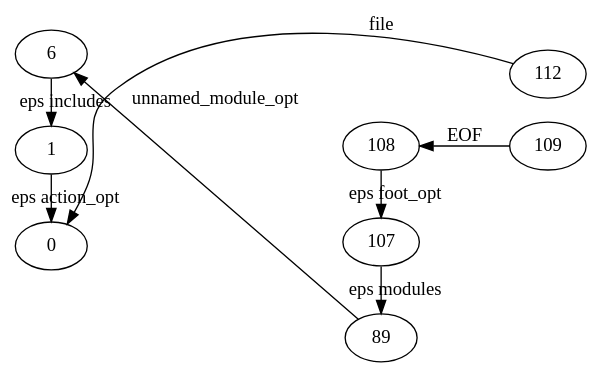
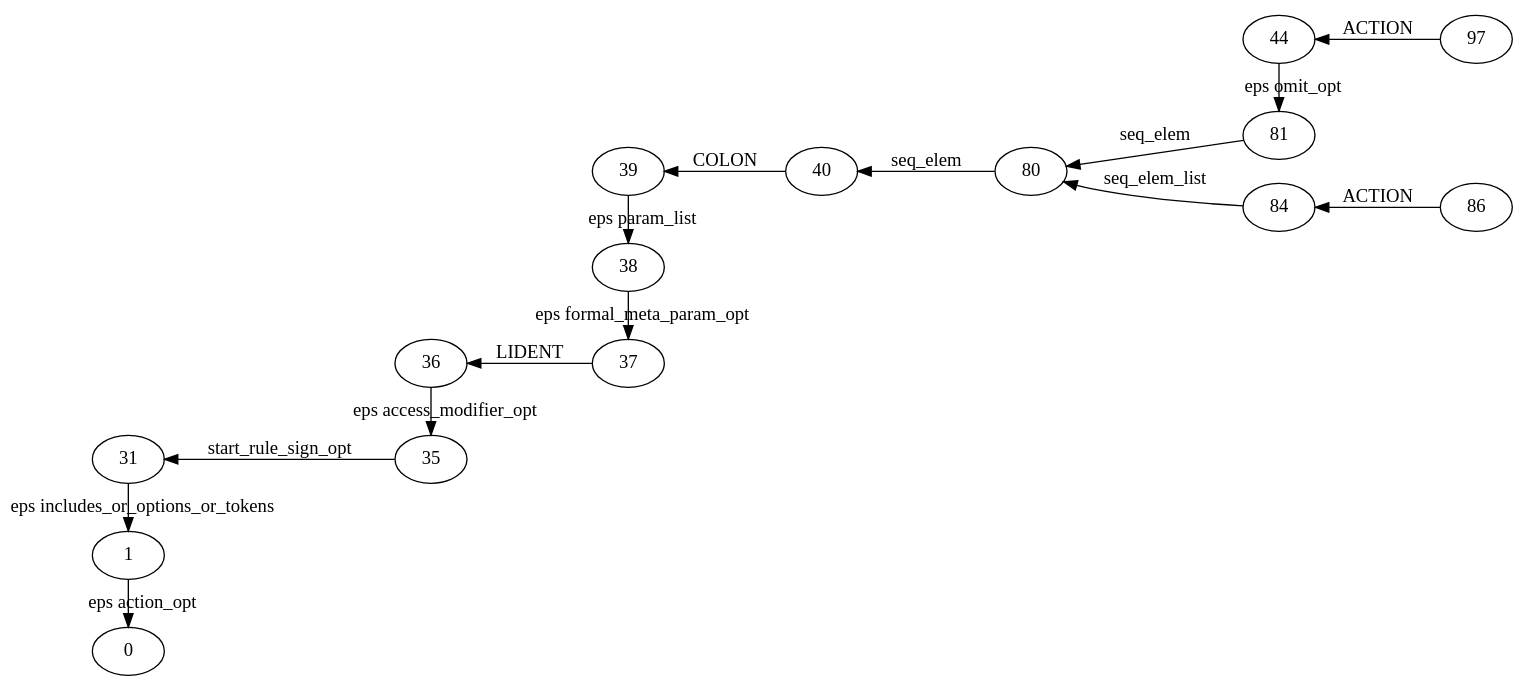
The diagram in YaccConstructor/RNGLRParser.SimpleTest/res.dot (YaccConstructor/YaccConstructor), drawn with Graphviz before and after one commit. The commit also changed 15 other files, not shown here.

```diff
--- a/YaccConstructor/RNGLRParser.SimpleTest/res.dot
+++ b/YaccConstructor/RNGLRParser.SimpleTest/res.dot
@@ -1,21 +1,39 @@
 digraph GSS {
     rankdir=RL
-    0 [label="112"]
-    1 [label="0"]
-    0 -> 1 [label="file"]
-    2 [label="109"]
-    3 [label="108"]
-    4 [label="107"]
-    5 [label="89"]
-    6 [label="6"]
-    7 [label="1"]
-    7 -> 1 [label="eps action_opt"]
-    6 -> 7 [label="eps includes"]
-    5 -> 6 [label="unnamed_module_opt"]
-    4 -> 5 [label="eps modules"]
-    3 -> 4 [label="eps foot_opt"]
-    2 -> 3 [label="EOF"]
-    {rank=same; 2 0}
-    {rank=same; 7 6 1}
-    {rank=same; 5 4 3}
+    0 [label="97"]
+    1 [label="44"]
+    2 [label="81"]
+    3 [label="80"]
+    4 [label="40"]
+    5 [label="39"]
+    6 [label="38"]
+    7 [label="37"]
+    8 [label="36"]
+    9 [label="35"]
+    10 [label="31"]
+    11 [label="1"]
+    12 [label="0"]
+    11 -> 12 [label="eps action_opt"]
+    10 -> 11 [label="eps includes_or_options_or_tokens"]
+    9 -> 10 [label="start_rule_sign_opt"]
+    8 -> 9 [label="eps access_modifier_opt"]
+    7 -> 8 [label="LIDENT"]
+    6 -> 7 [label="eps formal_meta_param_opt"]
+    5 -> 6 [label="eps param_list"]
+    4 -> 5 [label="COLON"]
+    3 -> 4 [label="seq_elem"]
+    2 -> 3 [label="seq_elem"]
+    1 -> 2 [label="eps omit_opt"]
+    0 -> 1 [label="ACTION"]
+    13 [label="86"]
+    14 [label="84"]
+    14 -> 3 [label="seq_elem_list"]
+    13 -> 14 [label="ACTION"]
+    {rank=same; 13 0}
+    {rank=same; 14 2 1}
+    {rank=same; 3}
+    {rank=same; 4}
+    {rank=same; 7 6 5}
+    {rank=same; 9 8}
+    {rank=same; 12 11 10}
 }
```
